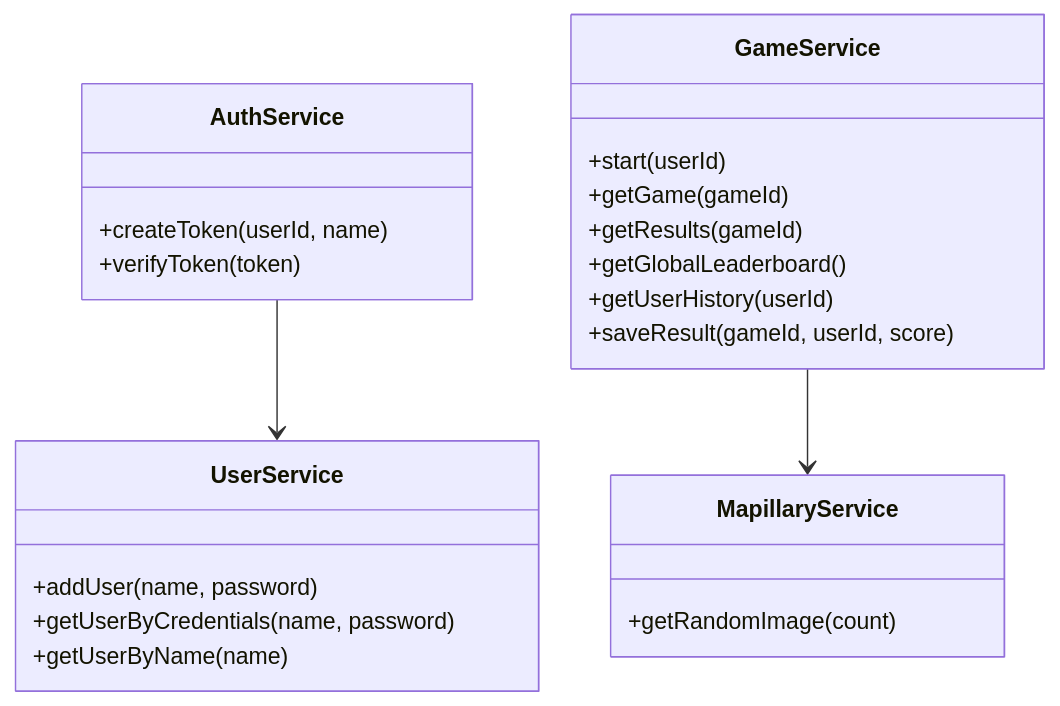
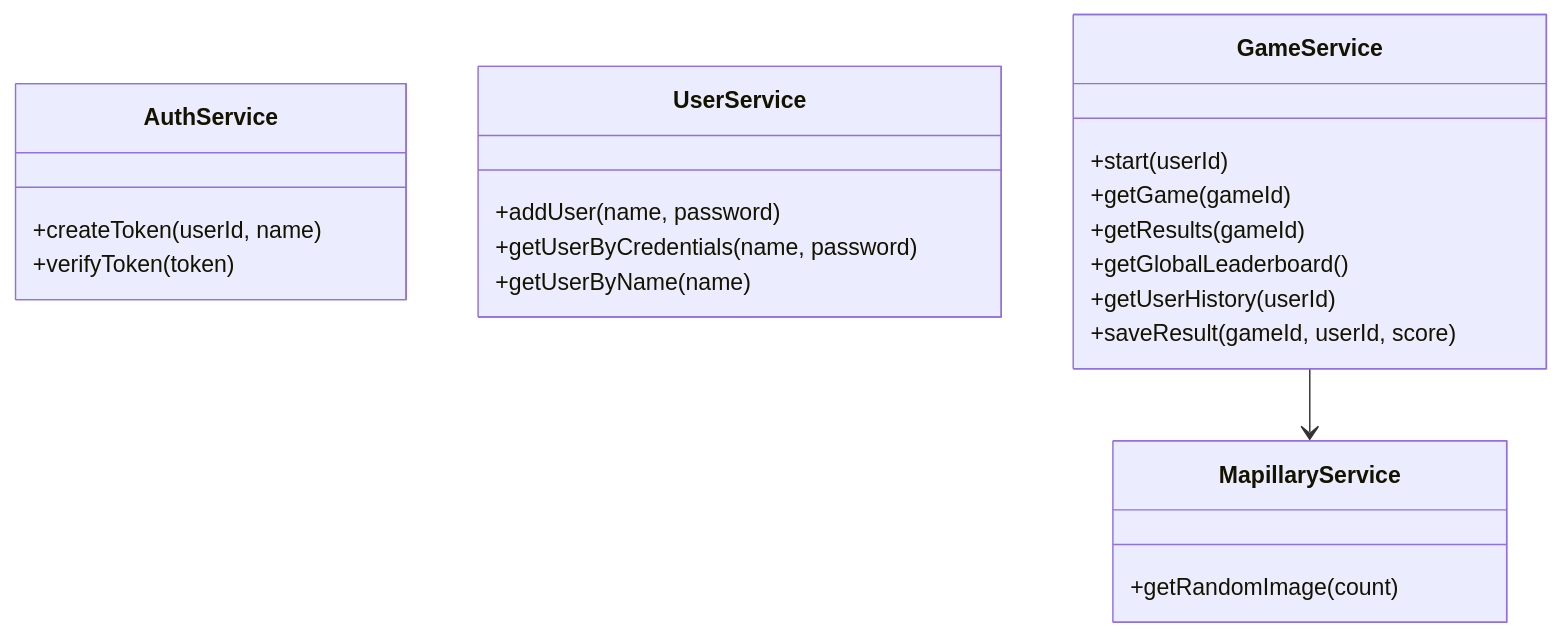
The second of 3 diagrams in README.md (Oscar679/Web-Technology-6---GeoGuessr-Clone), drawn with Mermaid before and after one commit. The commit also changed other lines of this file, not shown here.

````diff
--- a/README.md
+++ b/README.md
@@ -120,29 +121,28 @@
 ```mermaid
 classDiagram
     class AuthService {
         +createToken(userId, name)
         +verifyToken(token)
     }
 
     class UserService {
         +addUser(name, password)
         +getUserByCredentials(name, password)
         +getUserByName(name)
     }
 
     class GameService {
         +start(userId)
         +getGame(gameId)
         +getResults(gameId)
         +getGlobalLeaderboard()
         +getUserHistory(userId)
         +saveResult(gameId, userId, score)
     }
 
     class MapillaryService {
         +getRandomImage(count)
     }
 
     GameService --> MapillaryService
-    AuthService --> UserService
 ```
````
